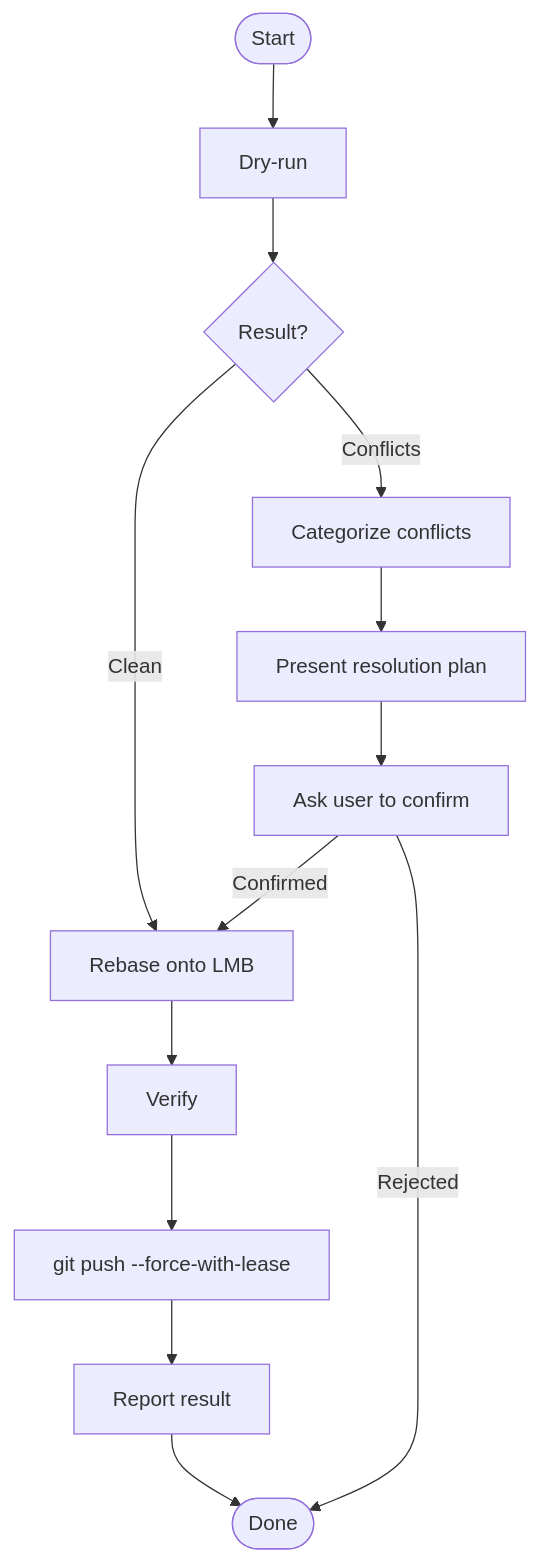
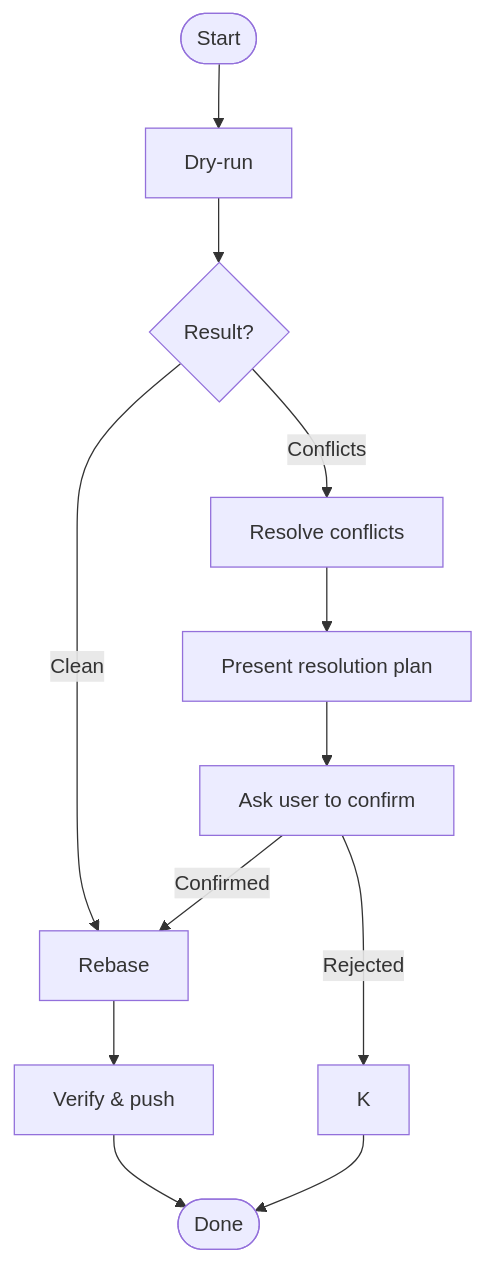
Before and after one commit to 35iter-cn/agents-config: the diagram in skills/my-own-skills/keep-branch-fresh/SKILL.md, drawn with Mermaid. The commit also changed other lines of this file and 3 other files, not shown here.

````diff
--- a/skills/my-own-skills/keep-branch-fresh/SKILL.md
+++ b/skills/my-own-skills/keep-branch-fresh/SKILL.md
@@ -36,15 +65,14 @@
 ```mermaid
 flowchart TD
     A([Start]) --> B[Dry-run]
     B --> C{Result?}
-    C -->|Clean| D[Rebase onto LMB]
-    C -->|Conflicts| E[Categorize conflicts]
+    C -->|Clean| D[Rebase]
+    C -->|Conflicts| E[Resolve conflicts]
     E --> F[Present resolution plan]
     F --> F1[Ask user to confirm]
     F1 -->|Confirmed| D
     F1 -->|Rejected| K
-    D --> H[Verify]
-    H --> I[git push --force-with-lease]
-    I --> J[Report result]
-    J --> K([Done])
+    D --> H[Verify & push]
+    H --> J([Done])
+    K --> J
 ```
````
